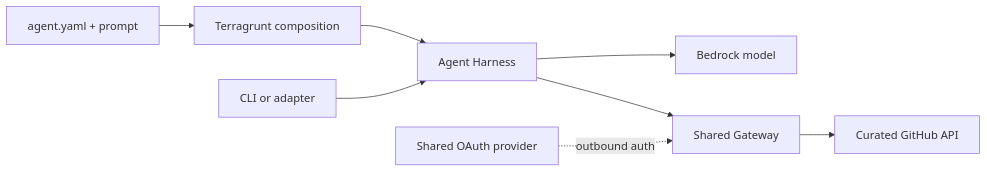
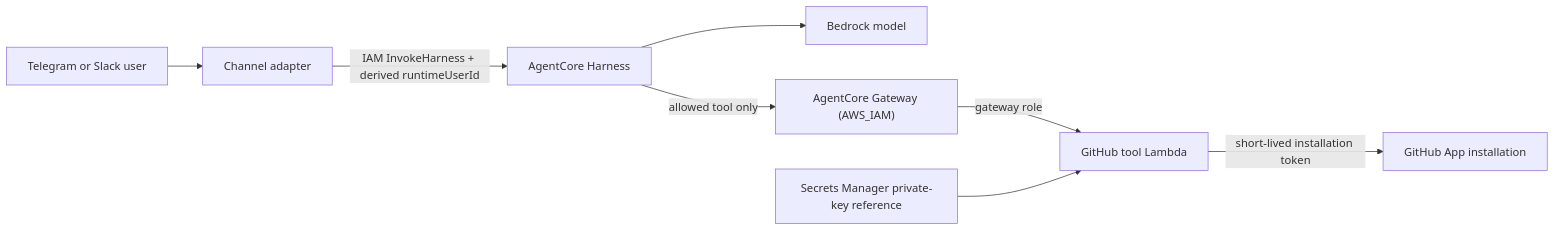
Before and after one commit to Myafq/agent-core-platform: the diagram in docs/design.md, drawn with Mermaid. The commit also changed other lines of this file and 54 other files, not shown here.

Commit message:
refactor: simplify AgentCore configuration and documentation

````diff
--- a/docs/design.md
+++ b/docs/design.md
@@ -8,10 +49,10 @@
 ```mermaid
 flowchart LR
-  Y["agent.yaml + prompt"] --> TG["Terragrunt composition"]
-  TG --> H["Agent Harness"]
-  C["CLI or adapter"] --> H
+  U["Telegram or Slack user"] --> A["Channel adapter"]
+  A -->|"IAM InvokeHarness + derived runtimeUserId"| H["AgentCore Harness"]
   H --> M["Bedrock model"]
-  H --> G["Shared Gateway"]
-  O["Shared OAuth provider"] -. "outbound auth" .-> G
-  G --> GH["Curated GitHub API"]
+  H -->|"allowed tool only"| G["AgentCore Gateway (AWS_IAM)"]
+  G -->|"gateway role"| L["GitHub tool Lambda"]
+  L -->|"short-lived installation token"| GH["GitHub App installation"]
+  S["Secrets Manager private-key reference"] --> L
 ```
````
